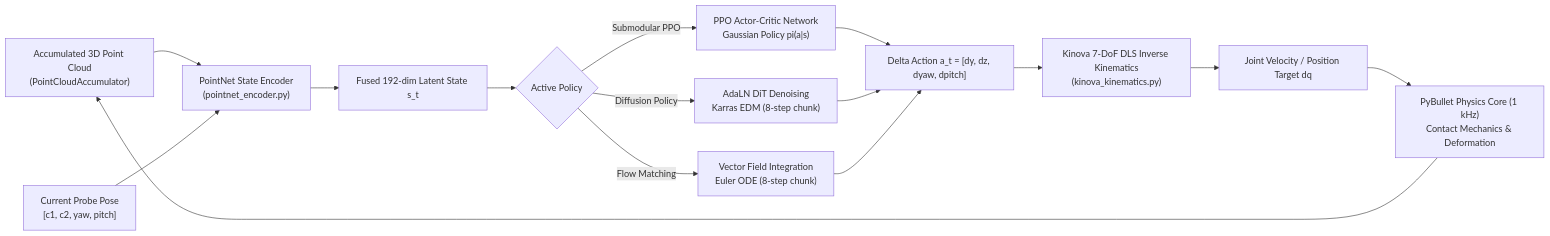
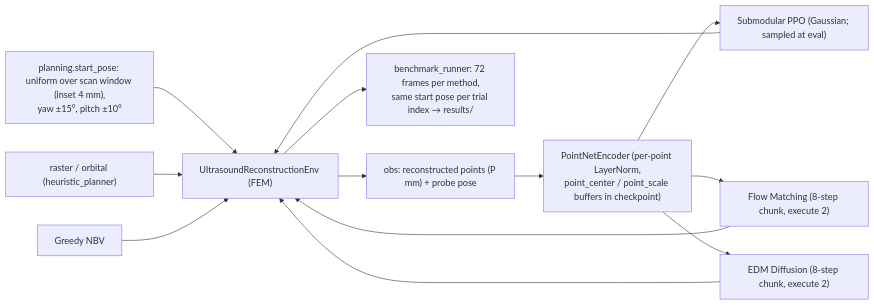
The fourth of 4 diagrams in FLOW.md (rishang19dx/MTP-Surgical-Robotcs), drawn with Mermaid before and after one commit. The commit also changed other lines of this file and 12 other files, not shown here.

First line of the commit message:
docs: rewrite README/FLOW/AGENTS/QUIZME to match the code; DEC-038

````diff
--- a/FLOW.md
+++ b/FLOW.md
@@ -122,20 +137,15 @@
 ```mermaid
 flowchart LR
-    AccumPoints["Accumulated 3D Point Cloud\n(PointCloudAccumulator)"] --> PointNet["PointNet State Encoder\n(pointnet_encoder.py)"]
-    ProbePose["Current Probe Pose\n[c1, c2, yaw, pitch]"] --> PointNet
-    PointNet --> State["Fused 192-dim Latent State s_t"]
-
-    State --> PolicyPool{"Active Policy"}
-    PolicyPool -->|"Submodular PPO"| PPO["PPO Actor-Critic Network\nGaussian Policy pi(a|s)"]
-    PolicyPool -->|"Diffusion Policy"| DP["AdaLN DiT Denoising\nKarras EDM (8-step chunk)"]
-    PolicyPool -->|"Flow Matching"| CFM["Vector Field Integration\nEuler ODE (8-step chunk)"]
-
-    PPO --> Action["Delta Action a_t = [dy, dz, dyaw, dpitch]"]
-    DP --> Action
-    CFM --> Action
-
-    Action --> DLS_IK["Kinova 7-DoF DLS Inverse Kinematics\n(kinova_kinematics.py)"]
-    DLS_IK --> JointCmd["Joint Velocity / Position Target dq"]
-    JointCmd --> PyBullet["PyBullet Physics Core (1 kHz)\nContact Mechanics & Deformation"]
-    PyBullet --> AccumPoints
+    Start["planning.start_pose: uniform over scan window (inset 4 mm),\nyaw ±15°, pitch ±10°"] --> Env["UltrasoundReconstructionEnv (FEM)"]
+    Env --> Obs["obs: reconstructed points (P mm) + probe pose"]
+    Obs --> PN["PointNetEncoder (per-point LayerNorm,\npoint_center / point_scale buffers in checkpoint)"]
+    PN --> PPO["Submodular PPO (Gaussian; sampled at eval)"]
+    PN --> CFM["Flow Matching (8-step chunk, execute 2)"]
+    PN --> DP["EDM Diffusion (8-step chunk, execute 2)"]
+    H["raster / orbital (heuristic_planner)"] --> Env
+    NBV["Greedy NBV"] --> Env
+    PPO --> Env
+    CFM --> Env
+    DP --> Env
+    Env --> Bench["benchmark_runner: 72 frames per method,\nsame start pose per trial index → results/"]
 ```
````
